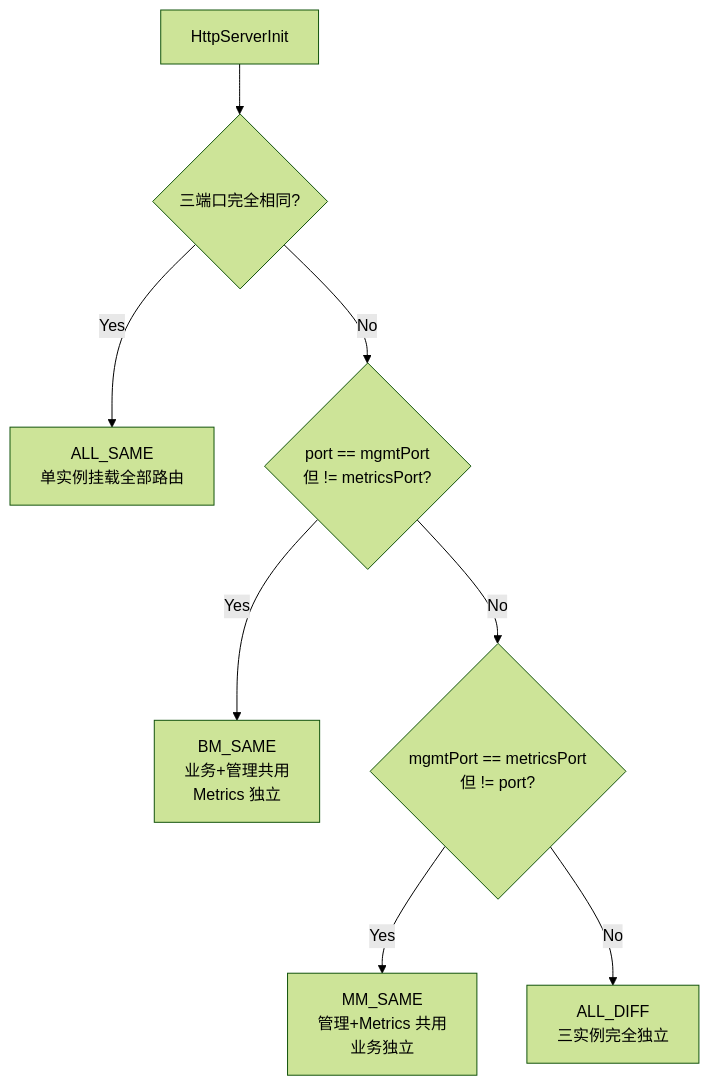
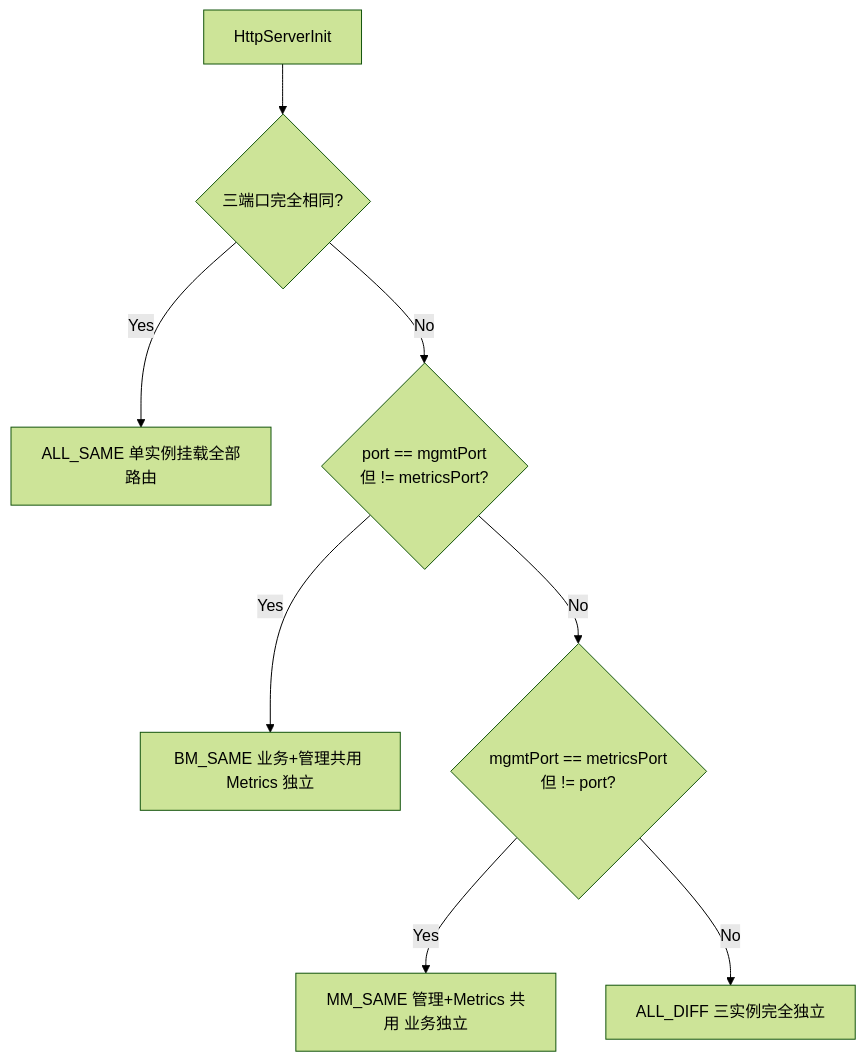
Before and after one commit to Lyr-GW/interview-docs: the second of 4 diagrams in docs/topics/http-server.md, drawn with Mermaid (forest theme). The commit also changed other lines of this file and 6 other files, not shown here.

Commit message:
fix: collapse multiline mermaid labels to single line

````diff
--- a/docs/topics/http-server.md
+++ b/docs/topics/http-server.md
@@ -94,18 +87,12 @@
 ```mermaid
 flowchart TB
     A[HttpServerInit] --> B{三端口完全相同?}
-    B -- Yes --> C[ALL_SAME
-        单实例挂载全部路由]
+    B -- Yes --> C[ALL_SAME 单实例挂载全部路由]
     B -- No --> D{port == mgmtPort
         但 != metricsPort?}
-    D -- Yes --> E[BM_SAME
-        业务+管理共用
-        Metrics 独立]
+    D -- Yes --> E[BM_SAME 业务+管理共用 Metrics 独立]
     D -- No --> F{mgmtPort == metricsPort
         但 != port?}
-    F -- Yes --> G[MM_SAME
-        管理+Metrics 共用
-        业务独立]
-    F -- No --> H[ALL_DIFF
-        三实例完全独立]
+    F -- Yes --> G[MM_SAME 管理+Metrics 共用 业务独立]
+    F -- No --> H[ALL_DIFF 三实例完全独立]
 ```
````
